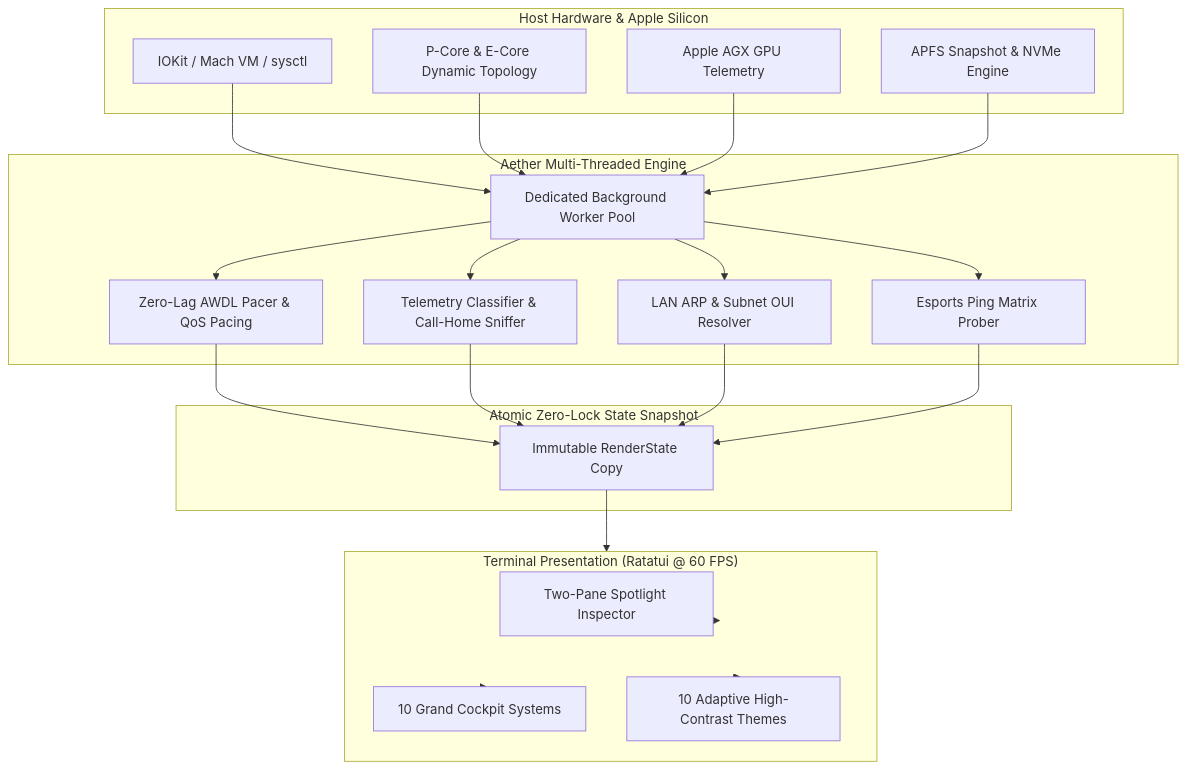
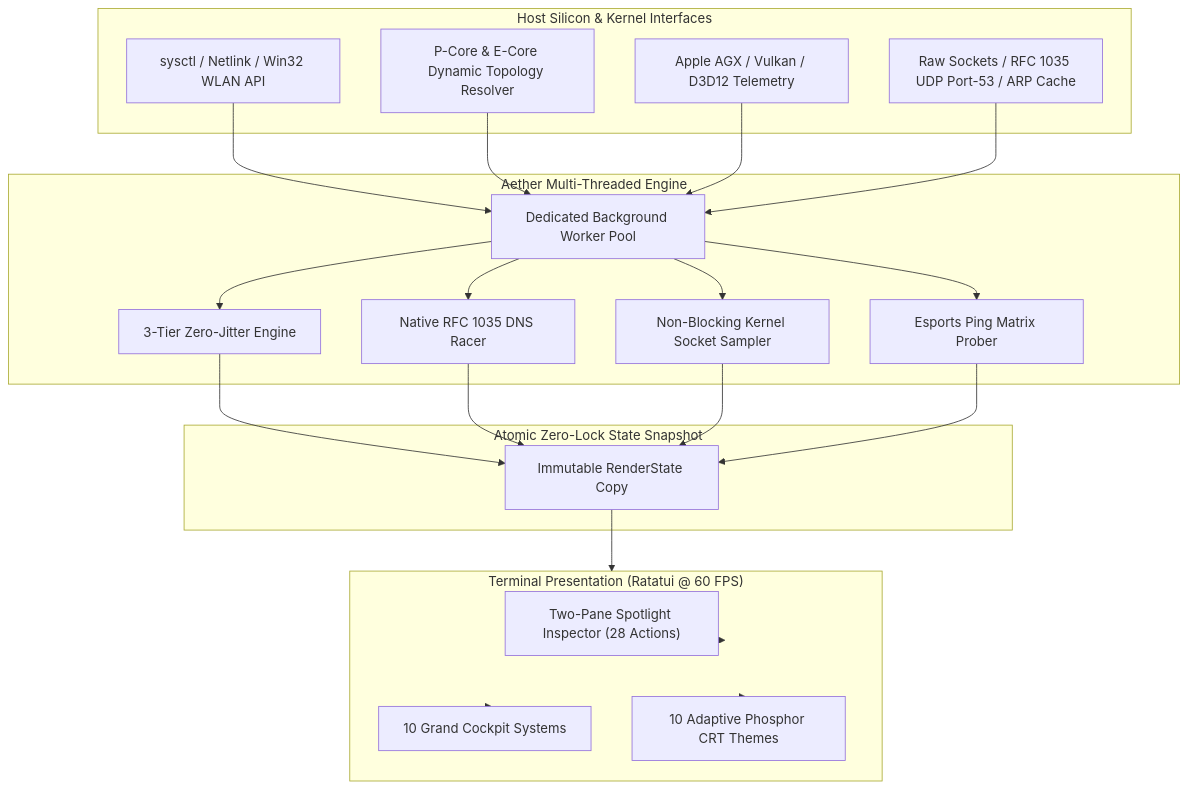
One commit to abdullah-binmadhi/Aether changed the third of 3 diagrams in README.md. Above: the diagram before and after it, drawn with Mermaid. The commit also changed other lines of this file and 15 other files, not shown here.

Commit message:
docs: remove temporary markdown plans and update README with 3-tier zero-jitter engine & benchmarks

````diff
--- a/README.md
+++ b/README.md
@@ -84,47 +131,47 @@
 ```mermaid
 flowchart TD
-    subgraph Host ["Host Hardware & Apple Silicon"]
-        SYS["IOKit / Mach VM / sysctl"]
-        CPU["P-Core & E-Core Dynamic Topology"]
-        GPU["Apple AGX GPU Telemetry"]
-        SSD["APFS Snapshot & NVMe Engine"]
+    subgraph Host ["Host Silicon & Kernel Interfaces"]
+        SYS["sysctl / Netlink / Win32 WLAN API"]
+        CPU["P-Core & E-Core Dynamic Topology Resolver"]
+        GPU["Apple AGX / Vulkan / D3D12 Telemetry"]
+        NET["Raw Sockets / RFC 1035 UDP Port-53 / ARP Cache"]
     end
 
     subgraph CoreEngine ["Aether Multi-Threaded Engine"]
         WORKER["Dedicated Background Worker Pool"]
-        ANTILAG["Zero-Lag AWDL Pacer & QoS Pacing"]
-        SNIFFER["Telemetry Classifier & Call-Home Sniffer"]
-        RADAR["LAN ARP & Subnet OUI Resolver"]
+        JITTER["3-Tier Zero-Jitter Engine"]
+        DNSRACER["Native RFC 1035 DNS Racer"]
+        SOCKETM["Non-Blocking Kernel Socket Sampler"]
         GAMING["Esports Ping Matrix Prober"]
     end
 
     subgraph State ["Atomic Zero-Lock State Snapshot"]
         RS["Immutable RenderState Copy"]
     end
 
     subgraph UI ["Terminal Presentation (Ratatui @ 60 FPS)"]
-        SPOTLIGHT["Two-Pane Spotlight Inspector"]
+        SPOTLIGHT["Two-Pane Spotlight Inspector (28 Actions)"]
         TABS["10 Grand Cockpit Systems"]
-        THEME["10 Adaptive High-Contrast Themes"]
+        THEME["10 Adaptive Phosphor CRT Themes"]
     end
 
     SYS --> WORKER
     CPU --> WORKER
     GPU --> WORKER
-    SSD --> WORKER
+    NET --> WORKER
 
-    WORKER --> ANTILAG
-    WORKER --> SNIFFER
-    WORKER --> RADAR
+    WORKER --> JITTER
+    WORKER --> DNSRACER
+    WORKER --> SOCKETM
     WORKER --> GAMING
 
-    ANTILAG --> RS
-    SNIFFER --> RS
-    RADAR --> RS
+    JITTER --> RS
+    DNSRACER --> RS
+    SOCKETM --> RS
     GAMING --> RS
 
     RS --> UI
     UI --> SPOTLIGHT
     UI --> TABS
     UI --> THEME
 ```
````
